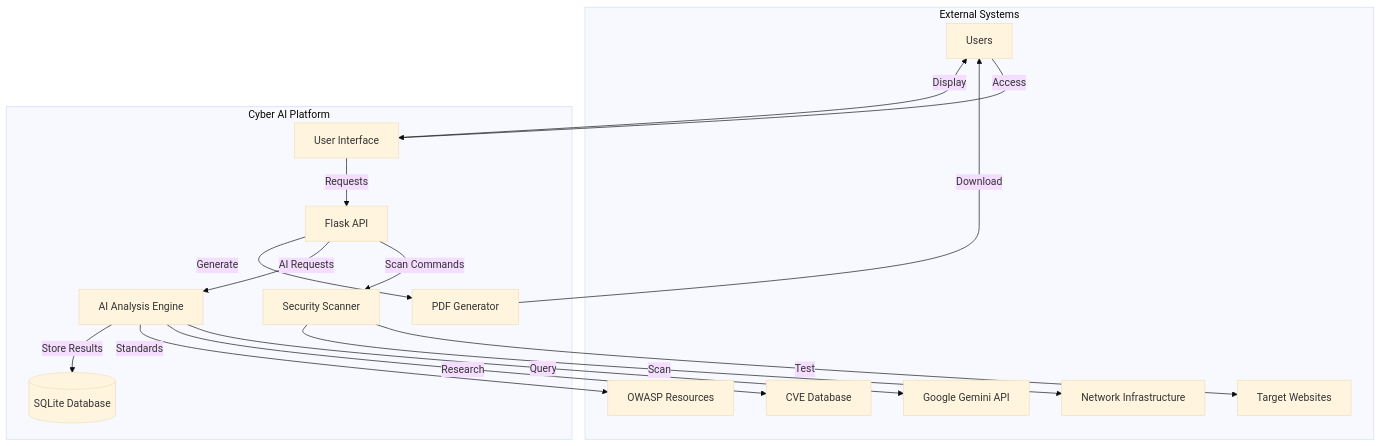
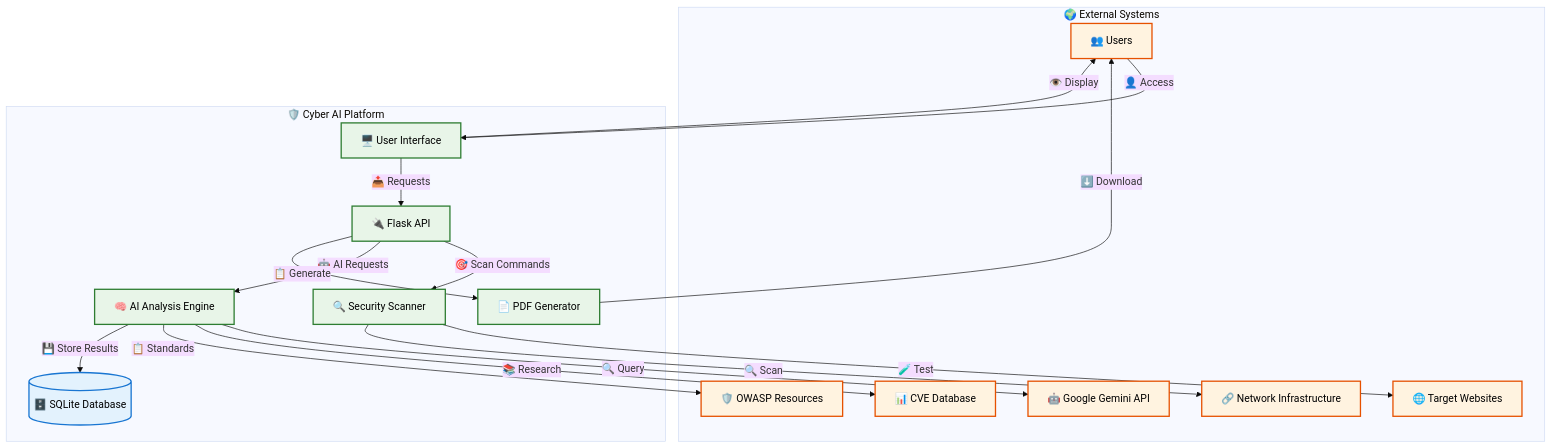
The eighth of 8 diagrams in README.md (Hassan-asim/Cyber-Sage), drawn with Mermaid (base theme) before and after one commit. The commit also changed other lines of this file, not shown here.

Commit message:
Enhance Mermaid diagrams: Add professional styling, emojis, colors, and improved visual design

````diff
--- a/README.md
+++ b/README.md
@@ -352,34 +448,43 @@
 ```mermaid
 graph TB
-    subgraph "External Systems"
-        U[Users]
-        G[Google Gemini API]
-        T[Target Websites]
-        N[Network Infrastructure]
-        CVE[CVE Database]
-        OWASP[OWASP Resources]
+    subgraph "🌍 External Systems"
+        U["👥 Users"]
+        G["🤖 Google Gemini API"]
+        T["🌐 Target Websites"]
+        N["🔗 Network Infrastructure"]
+        CVE["📊 CVE Database"]
+        OWASP["🛡️ OWASP Resources"]
     end
     
-    subgraph "Cyber AI Platform"
-        UI[User Interface]
-        API[Flask API]
-        SC[Security Scanner]
-        AI[AI Analysis Engine]
-        DB[(SQLite Database)]
-        PDF[PDF Generator]
+    subgraph "🛡️ Cyber AI Platform"
+        UI["🖥️ User Interface"]
+        API["🔌 Flask API"]
+        SC["🔍 Security Scanner"]
+        AI["🧠 AI Analysis Engine"]
+        DB[("🗄️ SQLite Database")]
+        PDF["📄 PDF Generator"]
     end
     
-    U -->|Access| UI
-    UI -->|Requests| API
-    API -->|Scan Commands| SC
-    SC -->|Test| T
-    SC -->|Scan| N
-    API -->|AI Requests| AI
-    AI -->|Query| G
-    AI -->|Research| CVE
-    AI -->|Standards| OWASP
-    AI -->|Store Results| DB
-    API -->|Generate| PDF
-    PDF -->|Download| U
-    UI -->|Display| U
+    U -->|"👤 Access"| UI
+    UI -->|"📤 Requests"| API
+    API -->|"🎯 Scan Commands"| SC
+    SC -->|"🧪 Test"| T
+    SC -->|"🔍 Scan"| N
+    API -->|"🤖 AI Requests"| AI
+    AI -->|"🔍 Query"| G
+    AI -->|"📚 Research"| CVE
+    AI -->|"📋 Standards"| OWASP
+    AI -->|"💾 Store Results"| DB
+    API -->|"📋 Generate"| PDF
+    PDF -->|"⬇️ Download"| U
+    UI -->|"👁️ Display"| U
+    
+    %% Styling
+    classDef external fill:#fff3e0,stroke:#e65100,stroke-width:2px,color:#000
+    classDef platform fill:#e8f5e8,stroke:#2e7d32,stroke-width:2px,color:#000
+    classDef database fill:#e3f2fd,stroke:#1976d2,stroke-width:2px,color:#000
+    
+    class U,G,T,N,CVE,OWASP external
+    class UI,API,SC,AI,PDF platform
+    class DB database
 ```
````
